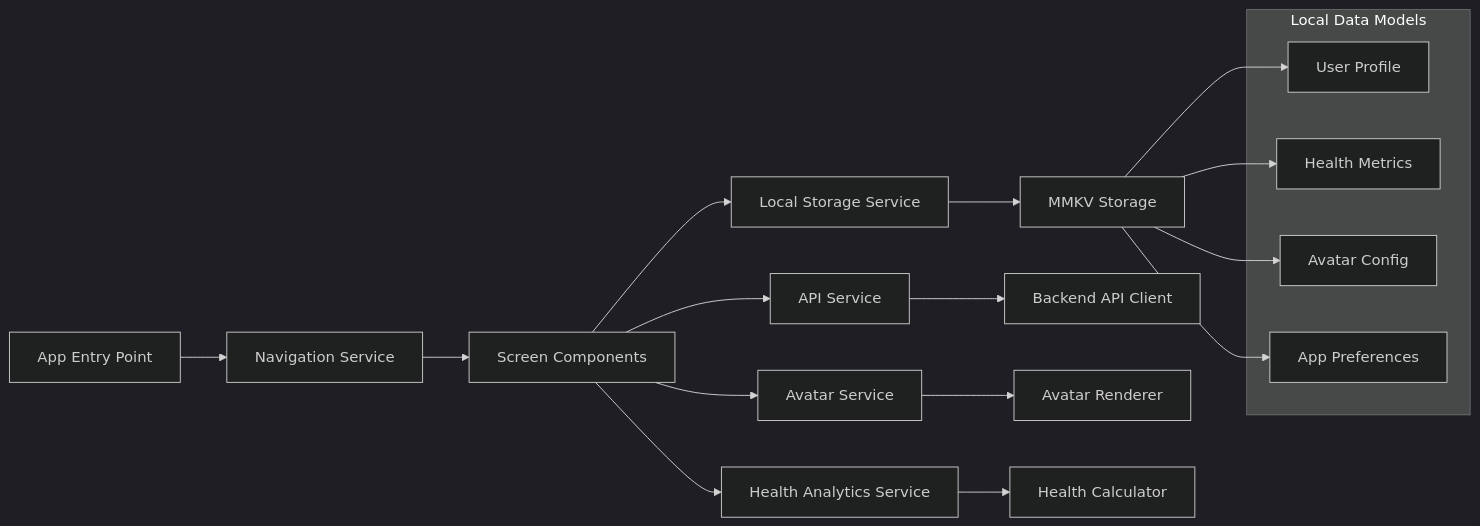
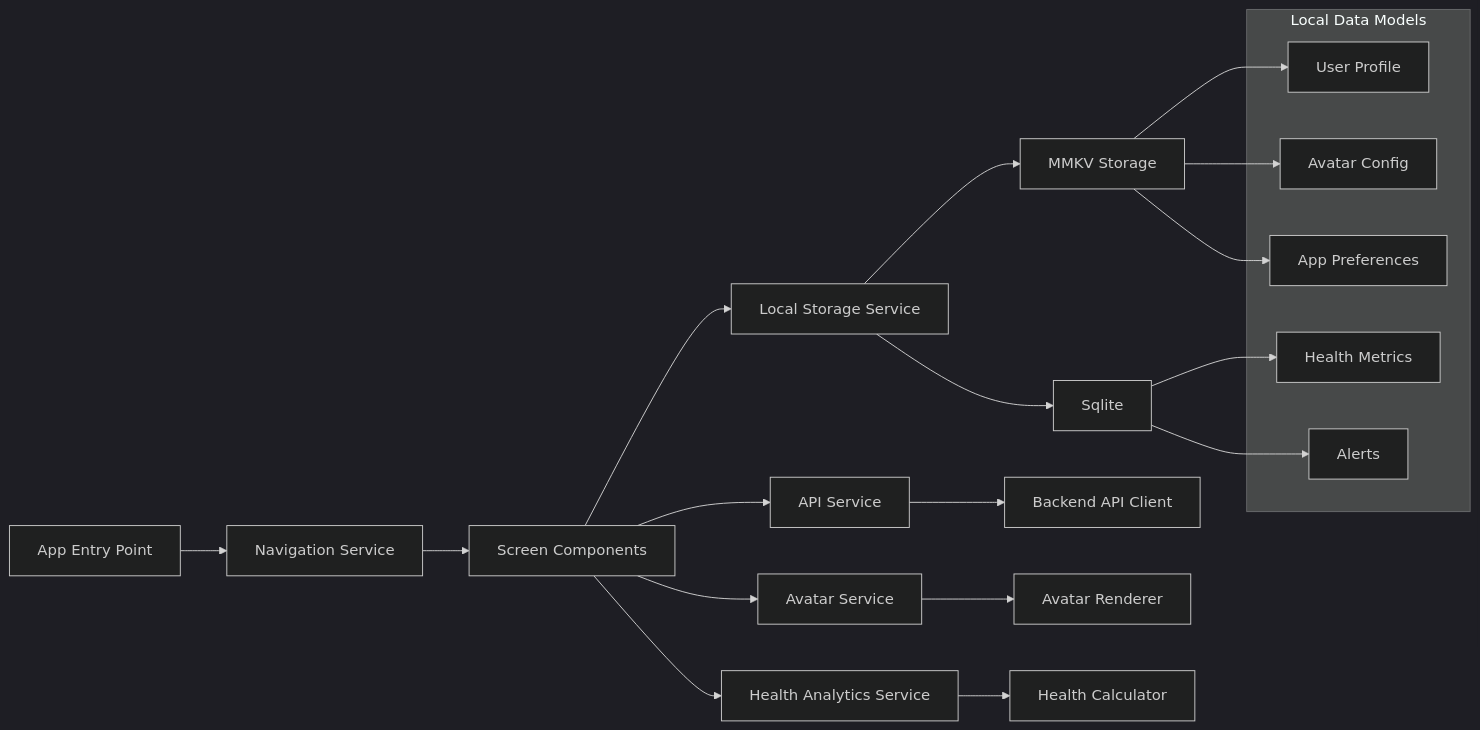
The third of 9 diagrams in docs/ARCHITECTURE.md (atan0168/mirrox), drawn with Mermaid (dark theme) before and after one commit. The commit also changed other lines of this file and 9 other files, not shown here.

````diff
--- a/docs/ARCHITECTURE.md
+++ b/docs/ARCHITECTURE.md
@@ -97,27 +115,30 @@
 ```mermaid
 graph LR
     A[App Entry Point] --> B[Navigation Service]
     B --> C[Screen Components]
 
     C --> D[Local Storage Service]
     C --> E[API Service]
     C --> F[Avatar Service]
     C --> G[Health Analytics Service]
 
     D --> H[MMKV Storage]
+    D --> P[Sqlite]
     E --> I[Backend API Client]
     F --> J[Avatar Renderer]
     G --> K[Health Calculator]
 
     subgraph "Local Data Models"
         L[User Profile]
         M[Health Metrics]
         N[Avatar Config]
         O[App Preferences]
+        Q[Alerts]
     end
 
     H --> L
-    H --> M
     H --> N
     H --> O
+    P --> M
+    P --> Q
 ```
````
